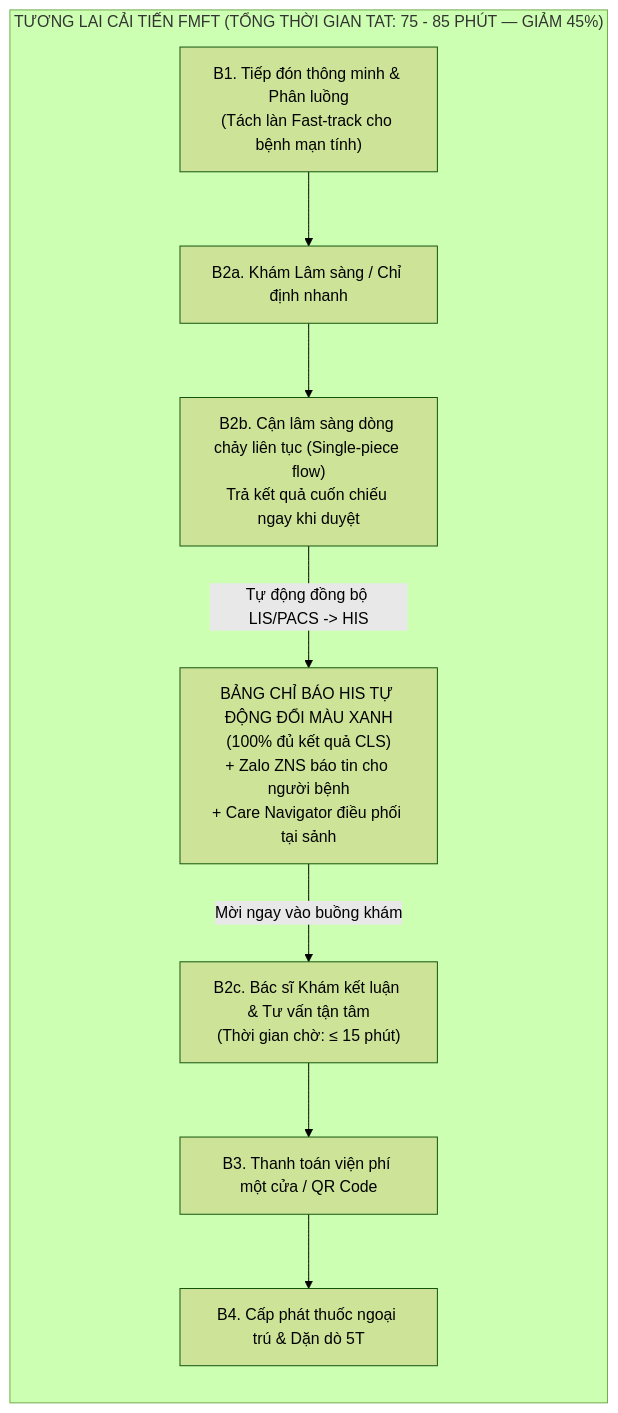
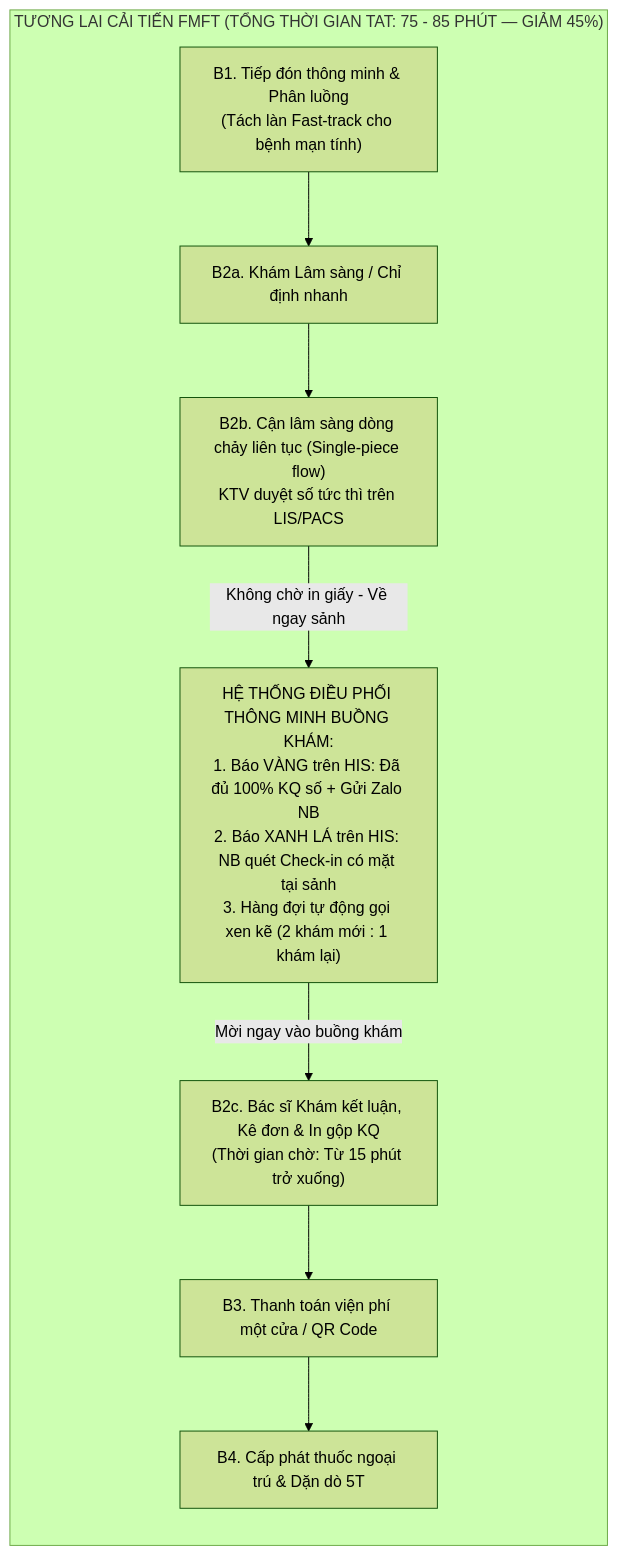
The second of 2 diagrams in cs3/DE_AN_1_TOI_UU_THOI_GIAN_CHO_NGOAI_TRU_M01_M04.md (cmubeta2/fmft-nhom8-thanhvumedic), drawn with Mermaid (forest theme) before and after one commit. The commit also changed other lines of this file and 1 other file, not shown here.

````diff
--- a/cs3/DE_AN_1_TOI_UU_THOI_GIAN_CHO_NGOAI_TRU_M01_M04.md
+++ b/cs3/DE_AN_1_TOI_UU_THOI_GIAN_CHO_NGOAI_TRU_M01_M04.md
@@ -91,12 +91,12 @@
 ```mermaid
 flowchart TD
     subgraph TO_BE["TƯƠNG LAI CẢI TIẾN FMFT (TỔNG THỜI GIAN TAT: 75 - 85 PHÚT — GIẢM 45%)"]
         direction TB
         TB1["B1. Tiếp đón thông minh & Phân luồng\n(Tách làn Fast-track cho bệnh mạn tính)"] --> TB2a["B2a. Khám Lâm sàng / Chỉ định nhanh"]
-        TB2a --> TB2b["B2b. Cận lâm sàng dòng chảy liên tục (Single-piece flow)\nTrả kết quả cuốn chiếu ngay khi duyệt"]
-        TB2b -->|Tự động đồng bộ LIS/PACS -> HIS| TB_Signal["BẢNG CHỈ BÁO HIS TỰ ĐỘNG ĐỔI MÀU XANH\n(100% đủ kết quả CLS)\n+ Zalo ZNS báo tin cho người bệnh\n+ Care Navigator điều phối tại sảnh"]
-        TB_Signal -->|Mời ngay vào buồng khám| TB2c["B2c. Bác sĩ Khám kết luận & Tư vấn tận tâm\n(Thời gian chờ: ≤ 15 phút)"]
+        TB2a --> TB2b["B2b. Cận lâm sàng dòng chảy liên tục (Single-piece flow)\nKTV duyệt số tức thì trên LIS/PACS"]
+        TB2b -->|Không chờ in giấy - Về ngay sảnh| TB_Signal["HỆ THỐNG ĐIỀU PHỐI THÔNG MINH BUỒNG KHÁM:\n1. Báo VÀNG trên HIS: Đã đủ 100% KQ số + Gửi Zalo NB\n2. Báo XANH LÁ trên HIS: NB quét Check-in có mặt tại sảnh\n3. Hàng đợi tự động gọi xen kẽ (2 khám mới : 1 khám lại)"]
+        TB_Signal -->|Mời ngay vào buồng khám| TB2c["B2c. Bác sĩ Khám kết luận, Kê đơn & In gộp KQ\n(Thời gian chờ: Từ 15 phút trở xuống)"]
         TB2c --> TB3["B3. Thanh toán viện phí một cửa / QR Code"]
         TB3 --> TB4["B4. Cấp phát thuốc ngoại trú & Dặn dò 5T"]
     end
 ```
````
